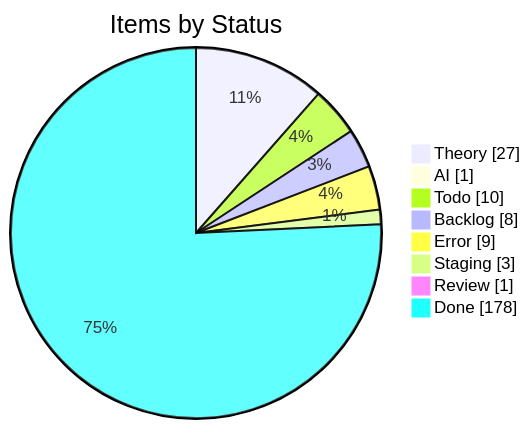
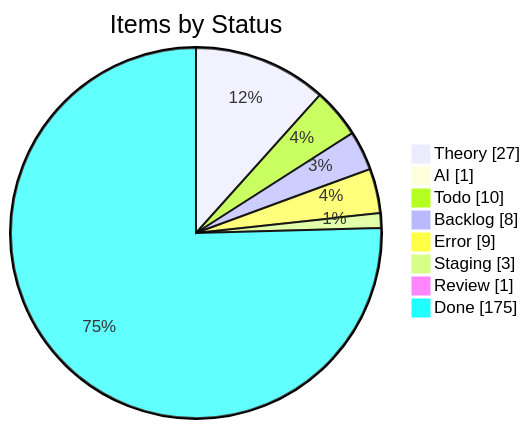
The first of 4 diagrams in apps/kbve/astro-kbve/src/content/docs/dashboard/kanban-data.mdx (KBVE/kbve), drawn with Mermaid before and after one commit. The commit also changed other lines of this file and 8 other files, not shown here.

````diff
--- a/apps/kbve/astro-kbve/src/content/docs/dashboard/kanban-data.mdx
+++ b/apps/kbve/astro-kbve/src/content/docs/dashboard/kanban-data.mdx
@@ -55,12 +55,12 @@
 ```mermaid
 pie showData
     title Items by Status
     "Theory" : 27
     "AI" : 1
     "Todo" : 10
     "Backlog" : 8
     "Error" : 9
     "Staging" : 3
     "Review" : 1
-    "Done" : 178
+    "Done" : 175
 ```
````
